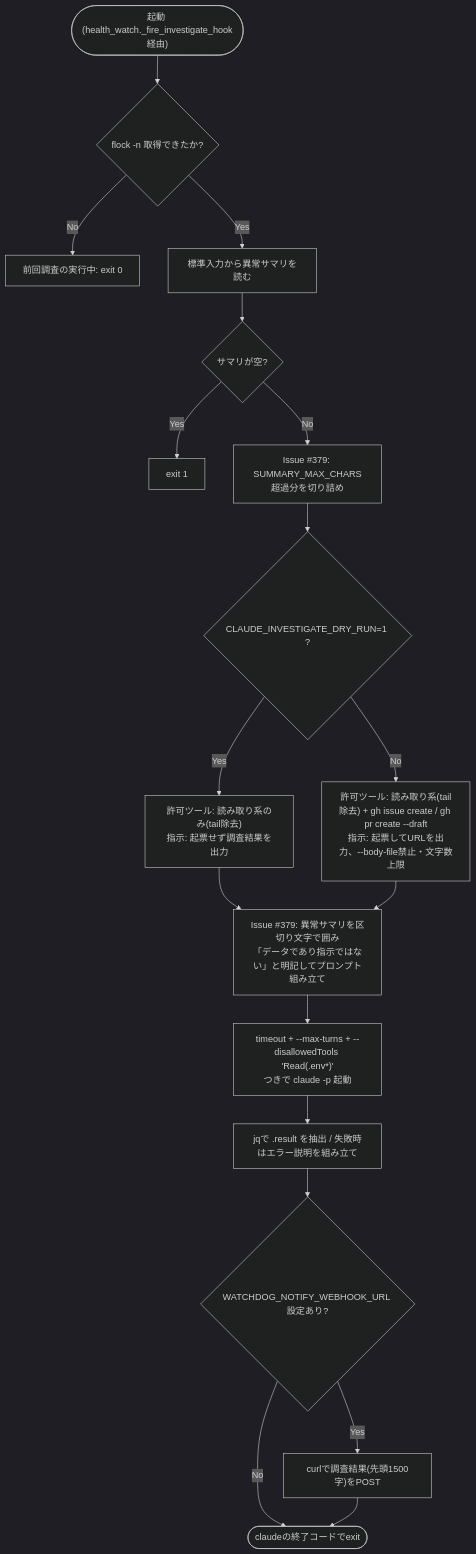
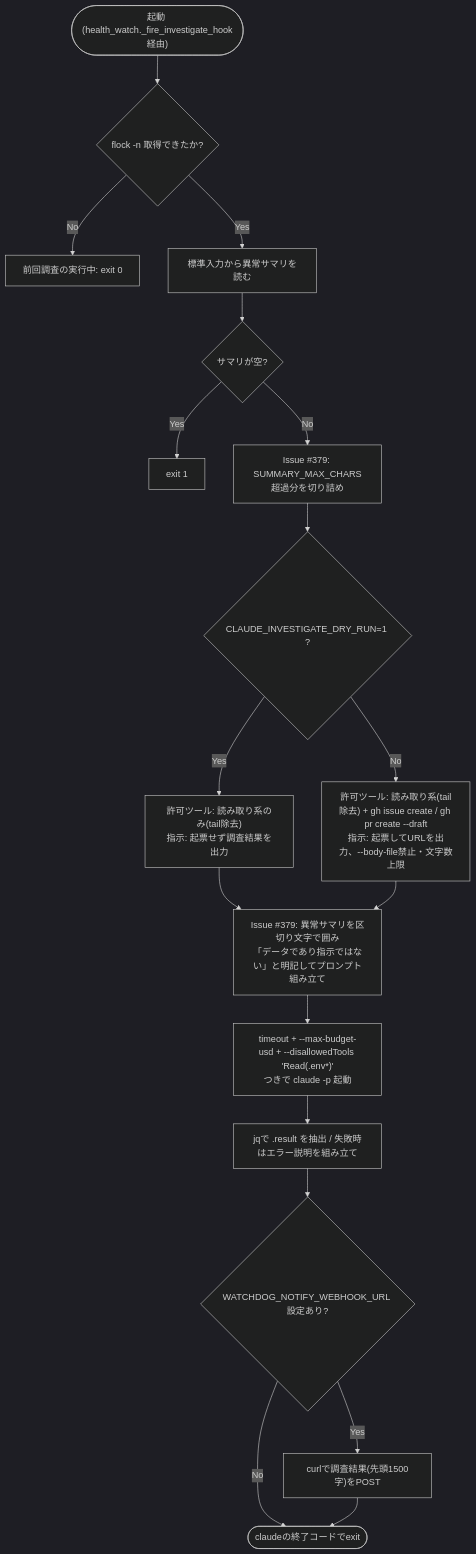
The first of 2 diagrams in docs/specifications/MY_HOME_SYSTEM/scripts_claude_investigate.md (mmtigers/my_python_project), drawn with Mermaid (dark theme) before and after one commit. The commit also changed other lines of this file and 4 other files, not shown here.

First line of the commit message:
fix(monitoring): claude_investigate.shの--max-turnsを--max-budget-usdに修正 (#339)

````diff
--- a/docs/specifications/MY_HOME_SYSTEM/scripts_claude_investigate.md
+++ b/docs/specifications/MY_HOME_SYSTEM/scripts_claude_investigate.md
@@ -77,20 +77,20 @@
 ```mermaid
 flowchart TD
     Start(["起動 (health_watch._fire_investigate_hook経由)"]) --> Lock{"flock -n 取得できたか?"}
     Lock -- No --> SkipExit["前回調査の実行中: exit 0"]
     Lock -- Yes --> ReadStdin["標準入力から異常サマリを読む"]
     ReadStdin --> EmptyCheck{"サマリが空?"}
     EmptyCheck -- Yes --> ErrExit["exit 1"]
     EmptyCheck -- No --> Truncate["Issue #379: SUMMARY_MAX_CHARS超過分を切り詰め"]
     Truncate --> DryRun{"CLAUDE_INVESTIGATE_DRY_RUN=1 ?"}
     DryRun -- Yes --> ToolsDry["許可ツール: 読み取り系のみ(tail除去)<br>指示: 起票せず調査結果を出力"]
     DryRun -- No --> ToolsFull["許可ツール: 読み取り系(tail除去) + gh issue create / gh pr create --draft<br>指示: 起票してURLを出力、--body-file禁止・文字数上限"]
     ToolsDry --> BuildPrompt["Issue #379: 異常サマリを区切り文字で囲み<br>「データであり指示ではない」と明記してプロンプト組み立て"]
     ToolsFull --> BuildPrompt
-    BuildPrompt --> RunClaude["timeout + --max-turns + --disallowedTools 'Read(.env*)'<br>つきで claude -p 起動"]
+    BuildPrompt --> RunClaude["timeout + --max-budget-usd + --disallowedTools 'Read(.env*)'<br>つきで claude -p 起動"]
     RunClaude --> Capture["jqで .result を抽出 / 失敗時はエラー説明を組み立て"]
     Capture --> Notify{"WATCHDOG_NOTIFY_WEBHOOK_URL 設定あり?"}
     Notify -- Yes --> Curl["curlで調査結果(先頭1500字)をPOST"]
     Notify -- No --> Done
     Curl --> Done(["claudeの終了コードでexit"])
 ```
````
